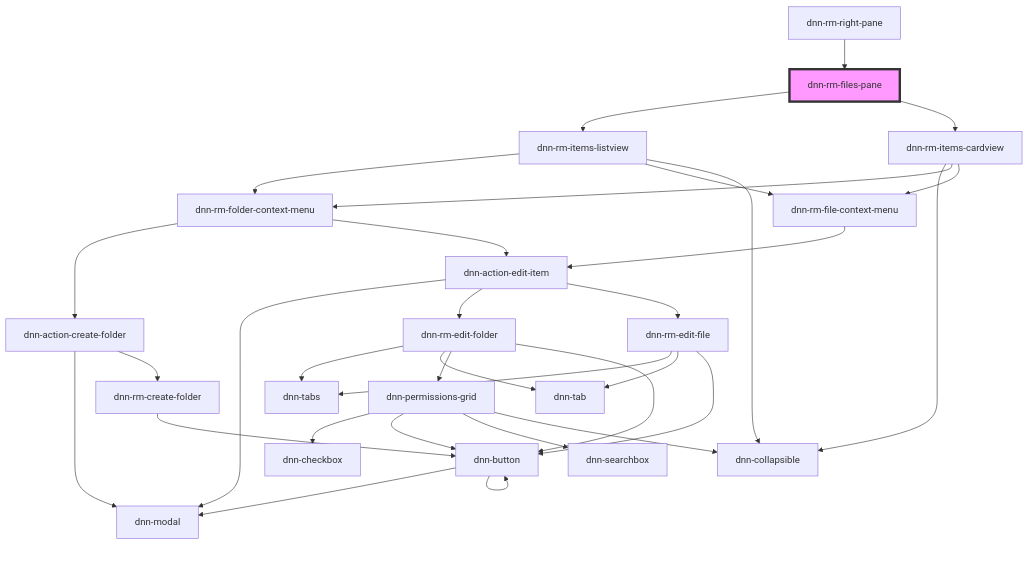
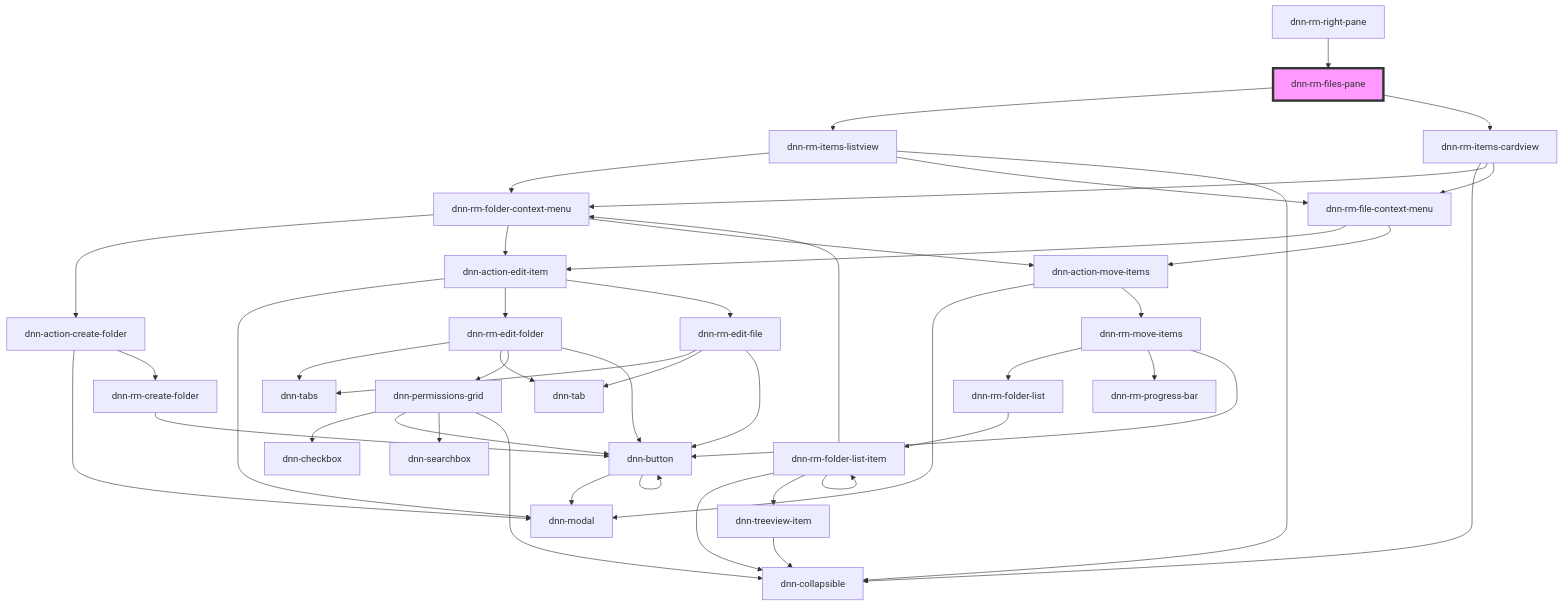
The diagram in DNN Platform/Modules/ResourceManager/ResourceManager.Web/src/components/dnn-rm-files-pane/readme.md (dnnsoftware/Dnn.Platform), drawn with Mermaid before and after one commit. The commit also changed 29 other files, not shown here.

First line of the commit message:
Implemented item move feature

````diff
--- a/DNN Platform/Modules/ResourceManager/ResourceManager.Web/src/components/dnn-rm-files-pane/readme.md
+++ b/DNN Platform/Modules/ResourceManager/ResourceManager.Web/src/components/dnn-rm-files-pane/readme.md
@@ -27,35 +27,48 @@
 ```mermaid
 graph TD;
   dnn-rm-files-pane --> dnn-rm-items-listview
   dnn-rm-files-pane --> dnn-rm-items-cardview
   dnn-rm-items-listview --> dnn-rm-folder-context-menu
   dnn-rm-items-listview --> dnn-rm-file-context-menu
   dnn-rm-items-listview --> dnn-collapsible
   dnn-rm-folder-context-menu --> dnn-action-create-folder
   dnn-rm-folder-context-menu --> dnn-action-edit-item
+  dnn-rm-folder-context-menu --> dnn-action-move-items
   dnn-action-create-folder --> dnn-modal
   dnn-action-create-folder --> dnn-rm-create-folder
   dnn-rm-create-folder --> dnn-button
   dnn-button --> dnn-modal
   dnn-button --> dnn-button
   dnn-action-edit-item --> dnn-modal
   dnn-action-edit-item --> dnn-rm-edit-folder
   dnn-action-edit-item --> dnn-rm-edit-file
   dnn-rm-edit-folder --> dnn-tabs
   dnn-rm-edit-folder --> dnn-tab
   dnn-rm-edit-folder --> dnn-permissions-grid
   dnn-rm-edit-folder --> dnn-button
   dnn-permissions-grid --> dnn-checkbox
   dnn-permissions-grid --> dnn-button
   dnn-permissions-grid --> dnn-searchbox
   dnn-permissions-grid --> dnn-collapsible
   dnn-rm-edit-file --> dnn-tabs
   dnn-rm-edit-file --> dnn-tab
   dnn-rm-edit-file --> dnn-button
+  dnn-action-move-items --> dnn-modal
+  dnn-action-move-items --> dnn-rm-move-items
+  dnn-rm-move-items --> dnn-rm-folder-list
+  dnn-rm-move-items --> dnn-rm-progress-bar
+  dnn-rm-move-items --> dnn-button
+  dnn-rm-folder-list --> dnn-rm-folder-list-item
+  dnn-rm-folder-list-item --> dnn-collapsible
+  dnn-rm-folder-list-item --> dnn-rm-folder-context-menu
+  dnn-rm-folder-list-item --> dnn-treeview-item
+  dnn-rm-folder-list-item --> dnn-rm-folder-list-item
+  dnn-treeview-item --> dnn-collapsible
   dnn-rm-file-context-menu --> dnn-action-edit-item
+  dnn-rm-file-context-menu --> dnn-action-move-items
   dnn-rm-items-cardview --> dnn-collapsible
   dnn-rm-items-cardview --> dnn-rm-folder-context-menu
   dnn-rm-items-cardview --> dnn-rm-file-context-menu
   dnn-rm-right-pane --> dnn-rm-files-pane
   style dnn-rm-files-pane fill:#f9f,stroke:#333,stroke-width:4px
 ```
````
